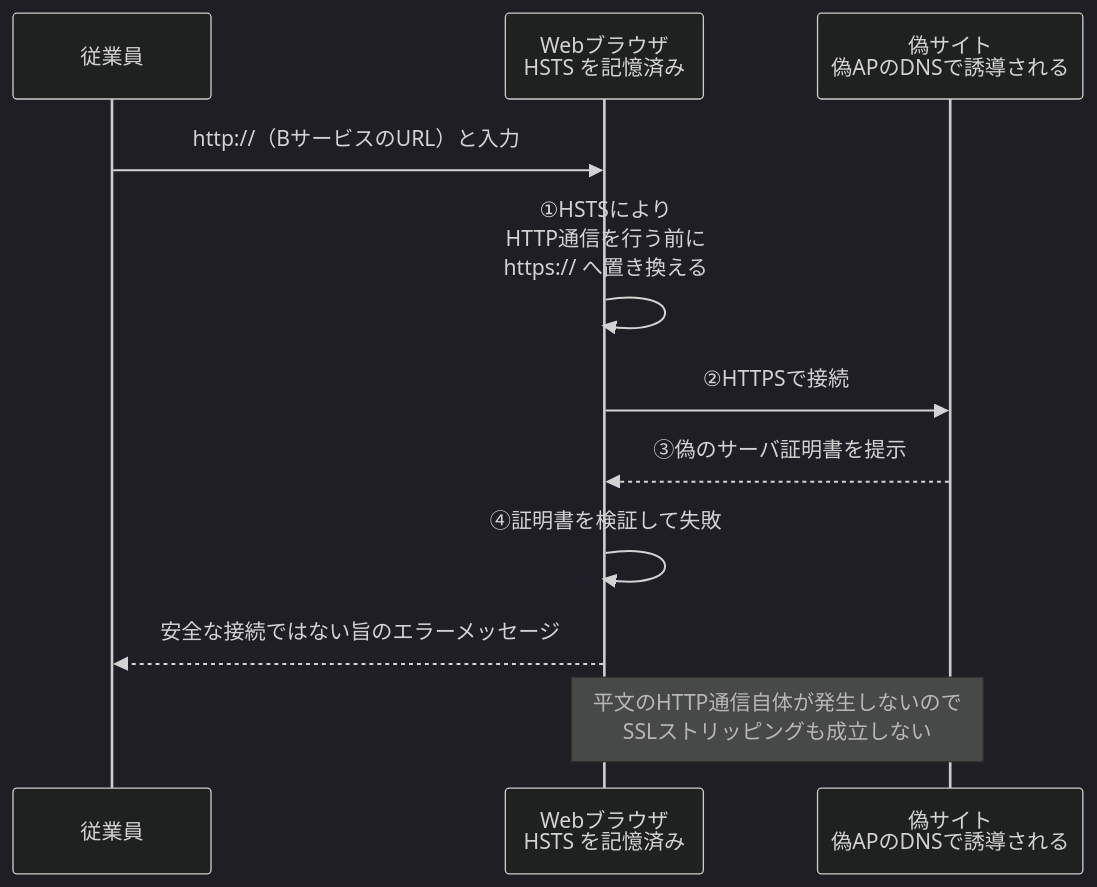
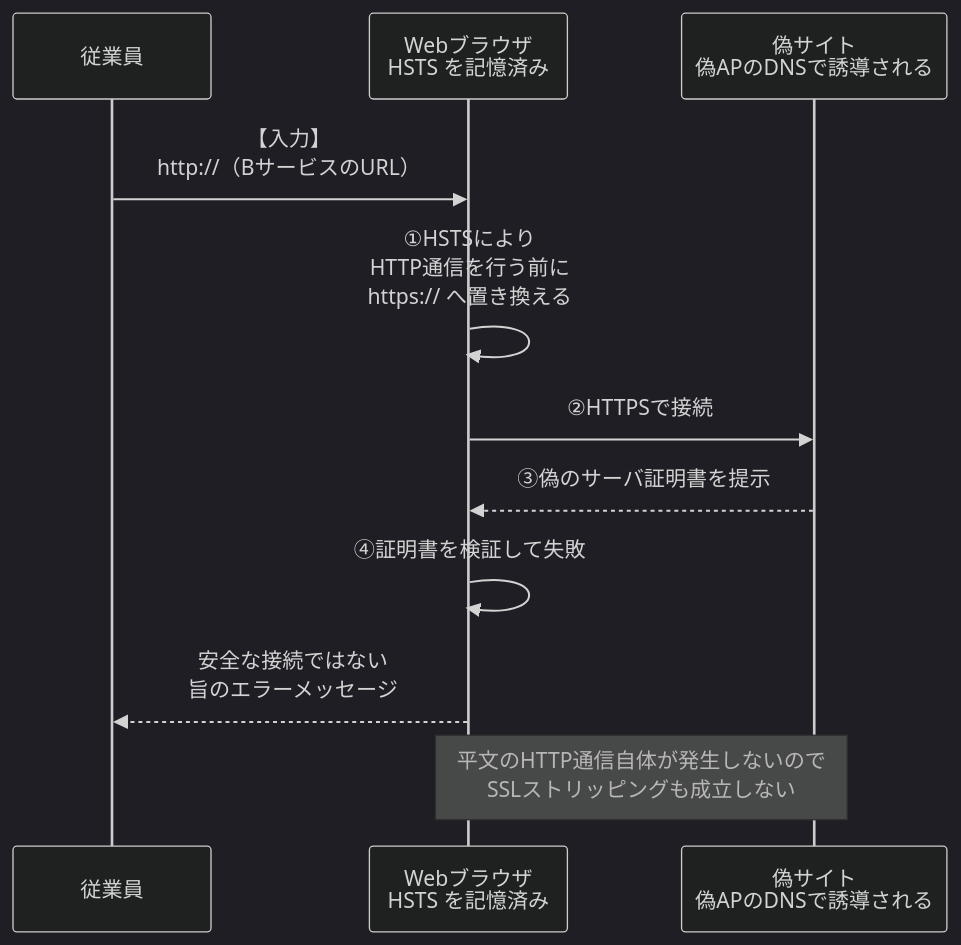
The seventh of 28 diagrams in セキュリティ/情報処理安全確保支援士/令和5年度_秋期_午後_解説.md (self-study-engineer/study-technology), drawn with Mermaid (dark theme) before and after one commit. The commit also changed other lines of this file and 1 other file, not shown here.

````diff
--- a/セキュリティ/情報処理安全確保支援士/令和5年度_秋期_午後_解説.md
+++ b/セキュリティ/情報処理安全確保支援士/令和5年度_秋期_午後_解説.md
@@ -440,13 +441,13 @@
 ```mermaid
 sequenceDiagram
     participant U as 従業員
     participant W as Webブラウザ<br/>HSTS を記憶済み
     participant F as 偽サイト<br/>偽APのDNSで誘導される
-    U->>W: http://（BサービスのURL）と入力
+    U->>W: 【入力】<br>http://（BサービスのURL）
     W->>W: ①HSTSにより<br/>HTTP通信を行う前に<br/>https:// へ置き換える
     W->>F: ②HTTPSで接続
     F-->>W: ③偽のサーバ証明書を提示
     W->>W: ④証明書を検証して失敗
-    W-->>U: 安全な接続ではない旨のエラーメッセージ
+    W-->>U: 安全な接続ではない<br>旨のエラーメッセージ
     Note over W,F: 平文のHTTP通信自体が発生しないので<br/>SSLストリッピングも成立しない
 ```
````
